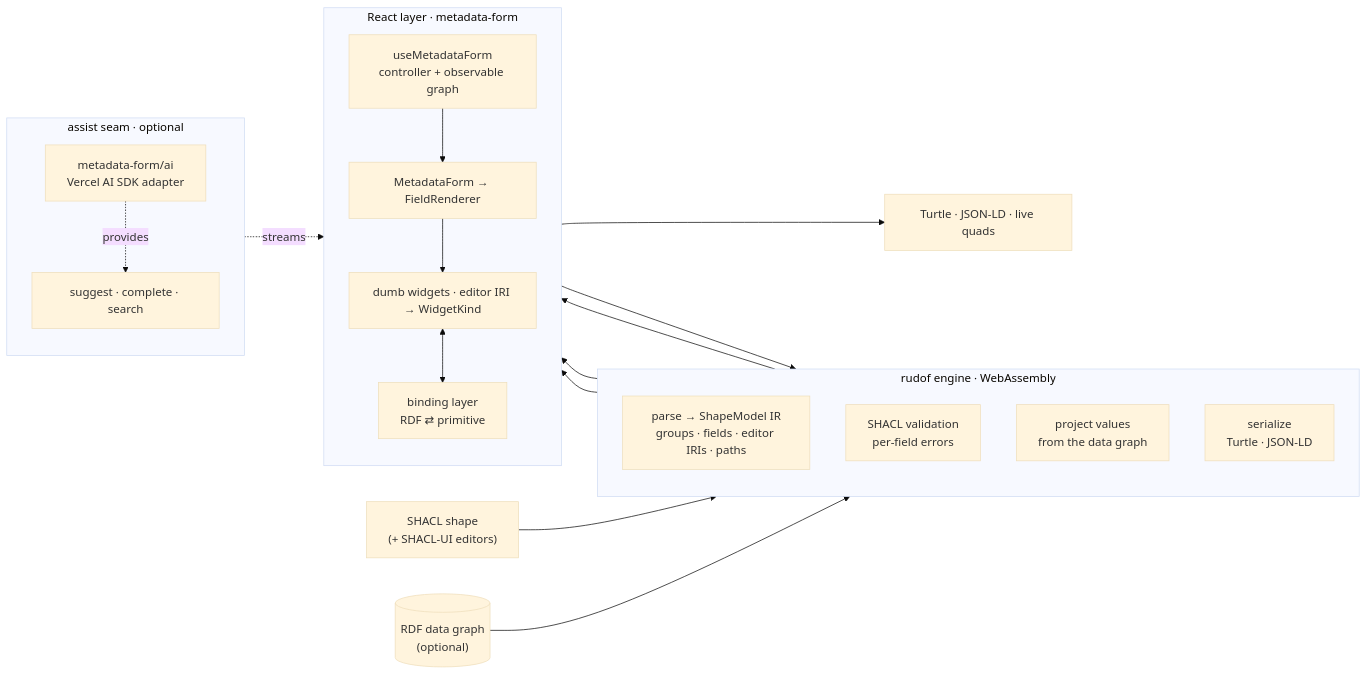
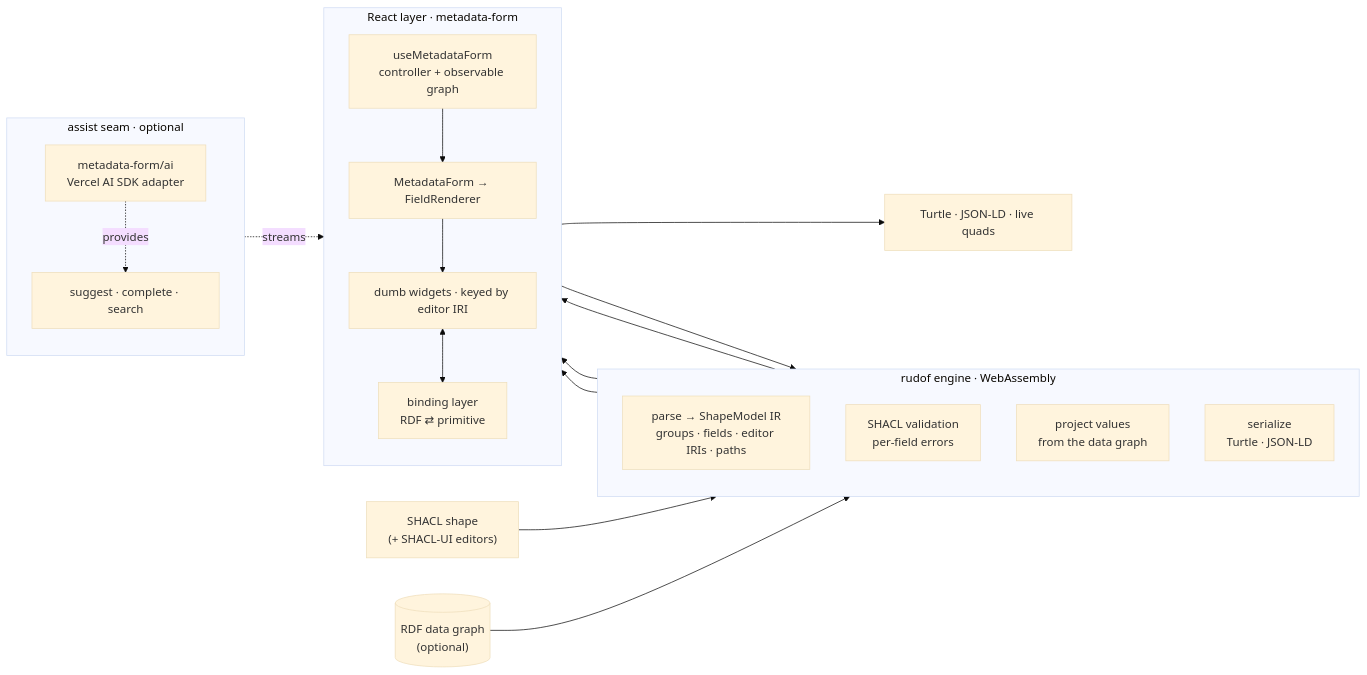
One commit to Kanzo-Tech/metadata-form changed the diagram in README.md. Above: the diagram before and after it, drawn with Mermaid (base theme). The commit also changed other lines of this file and 5 other files, not shown here.

````diff
--- a/README.md
+++ b/README.md
@@ -247,39 +260,39 @@
 ```mermaid
 flowchart LR
   shape["SHACL shape<br/>(+ SHACL-UI editors)"]
   data[("RDF data graph<br/>(optional)")]
 
   subgraph engine["rudof engine · WebAssembly"]
     direction TB
     parse["parse → ShapeModel IR<br/>groups · fields · editor IRIs · paths"]
     validate["SHACL validation<br/>per-field errors"]
     project["project values<br/>from the data graph"]
     serialize["serialize<br/>Turtle · JSON-LD"]
   end
 
   subgraph ui["React layer · metadata-form"]
     direction TB
     controller["useMetadataForm<br/>controller + observable graph"]
     form["MetadataForm → FieldRenderer"]
     binding["binding layer<br/>RDF ⇄ primitive"]
-    widgets["dumb widgets · editor IRI → WidgetKind"]
+    widgets["dumb widgets · keyed by editor IRI"]
     controller --> form --> widgets
     widgets <--> binding
   end
 
   subgraph assist["assist seam · optional"]
     direction TB
     seam["suggest · complete · search"]
     ai["metadata-form/ai<br/>Vercel AI SDK adapter"]
     ai -. provides .-> seam
   end
 
   shape --> parse
   data --> project
   parse --> controller
   validate --> controller
   project --> controller
   binding --> serialize
   controller --> out["Turtle · JSON-LD · live quads"]
   seam -. streams .-> widgets
 ```
````
